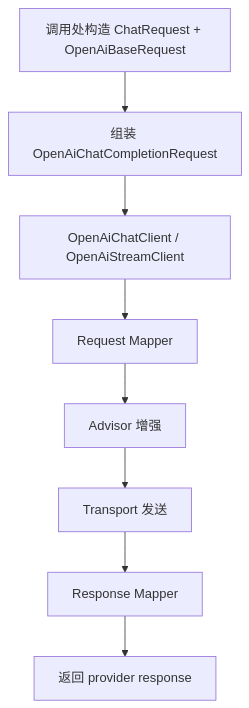
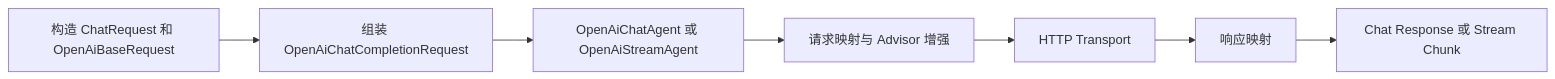
One commit to Halcyonsong/liteagent-template changed the first of 3 diagrams in README.md. Above: the diagram before and after it, drawn with Mermaid. The commit also changed other lines of this file and 32 other files, not shown here.

````diff
--- a/README.md
+++ b/README.md
@@ -36,10 +49,9 @@
 ```mermaid
-flowchart TD
-    A1[调用处构造 ChatRequest + OpenAiBaseRequest] --> A2[组装 OpenAiChatCompletionRequest]
-    A2 --> A3[OpenAiChatClient / OpenAiStreamClient]
-    A3 --> A4[Request Mapper]
-    A4 --> A5[Advisor 增强]
-    A5 --> A6[Transport 发送]
-    A6 --> A7[Response Mapper]
-    A7 --> A8[返回 provider response]
+flowchart LR
+    A[构造 ChatRequest 和 OpenAiBaseRequest] --> B[组装 OpenAiChatCompletionRequest]
+    B --> C[OpenAiChatAgent 或 OpenAiStreamAgent]
+    C --> D[请求映射与 Advisor 增强]
+    D --> E[HTTP Transport]
+    E --> F[响应映射]
+    F --> G[Chat Response 或 Stream Chunk]
 ```
````
